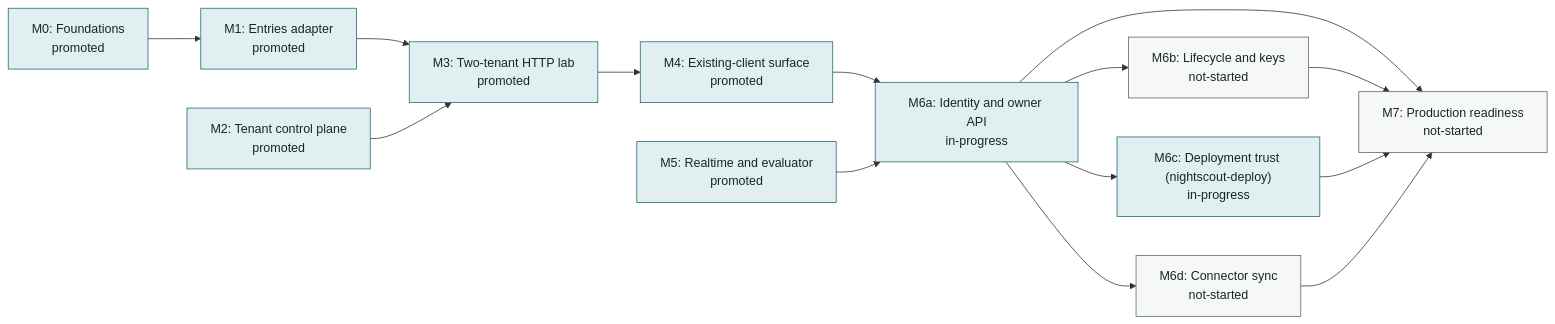
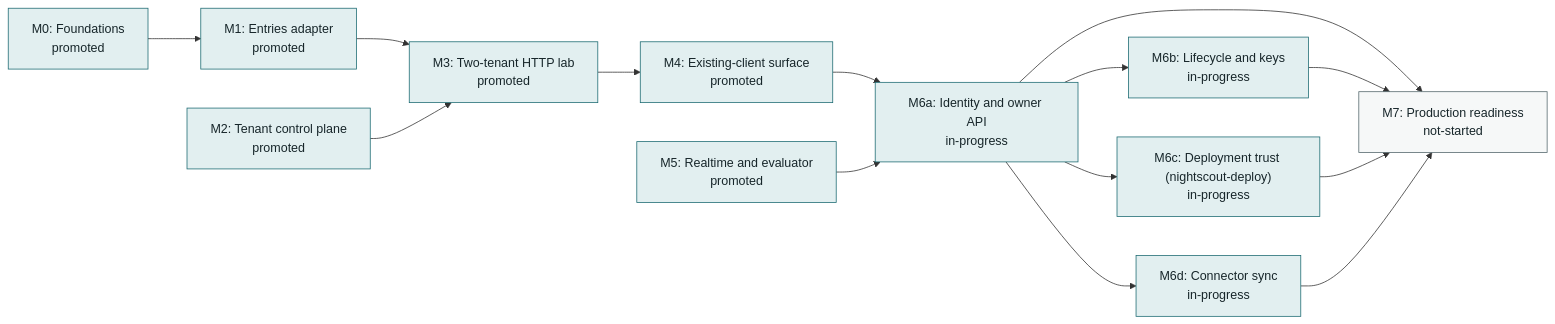
The first of 2 diagrams in docs/30-design/tenancy/multitenant-delivery-dashboard.md (bewest/rag-nightscout-ecosystem-alignment), drawn with Mermaid before and after one commit. The commit also changed other lines of this file and 1 other file, not shown here.

````diff
--- a/docs/30-design/tenancy/multitenant-delivery-dashboard.md
+++ b/docs/30-design/tenancy/multitenant-delivery-dashboard.md
@@ -19,41 +19,41 @@
 ```mermaid
 flowchart LR
   M0["M0: Foundations<br/>promoted"]
   M1["M1: Entries adapter<br/>promoted"]
   M2["M2: Tenant control plane<br/>promoted"]
   M3["M3: Two-tenant HTTP lab<br/>promoted"]
   M4["M4: Existing-client surface<br/>promoted"]
   M5["M5: Realtime and evaluator<br/>promoted"]
   M6a["M6a: Identity and owner API<br/>in-progress"]
-  M6b["M6b: Lifecycle and keys<br/>not-started"]
+  M6b["M6b: Lifecycle and keys<br/>in-progress"]
   M6c["M6c: Deployment trust (nightscout-deploy)<br/>in-progress"]
-  M6d["M6d: Connector sync<br/>not-started"]
+  M6d["M6d: Connector sync<br/>in-progress"]
   M7["M7: Production readiness<br/>not-started"]
   M0 --> M1
   M1 --> M3
   M2 --> M3
   M3 --> M4
   M4 --> M6a
   M5 --> M6a
   M6a --> M6b
   M6a --> M6c
   M6a --> M6d
   M6a --> M7
   M6b --> M7
   M6c --> M7
   M6d --> M7
   classDef active fill:#e2eff0,stroke:#1d6b73,color:#17262a
   classDef waiting fill:#fbf1dc,stroke:#8a5a00,color:#17262a
   classDef planned fill:#f6f8f8,stroke:#55686d,color:#17262a
   class M0 active
   class M1 active
   class M2 active
   class M3 active
   class M4 active
   class M5 active
   class M6a active
-  class M6b planned
+  class M6b active
   class M6c active
-  class M6d planned
+  class M6d active
   class M7 planned
 ```
````
